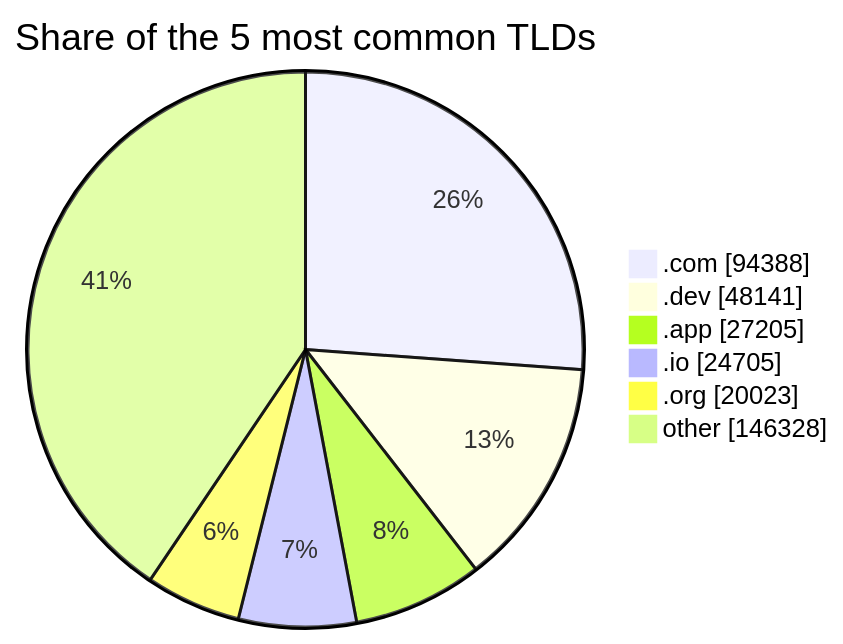
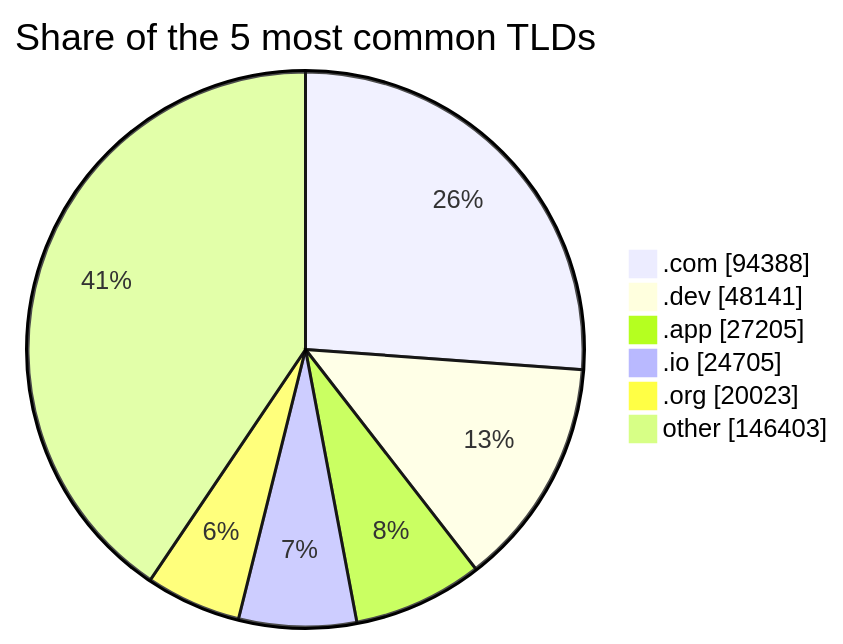
The third of 3 diagrams in README.md (DNSBunker/CTI), drawn with Mermaid before and after one commit. The commit also changed other lines of this file and 3 other files, not shown here.

````diff
--- a/README.md
+++ b/README.md
@@ -81,9 +81,9 @@
 ```mermaid
 pie showData title Share of the 5 most common TLDs
     ".com" : 94388
     ".dev" : 48141
     ".app" : 27205
     ".io" : 24705
     ".org" : 20023
-    "other" : 146328
+    "other" : 146403
 ```
````
